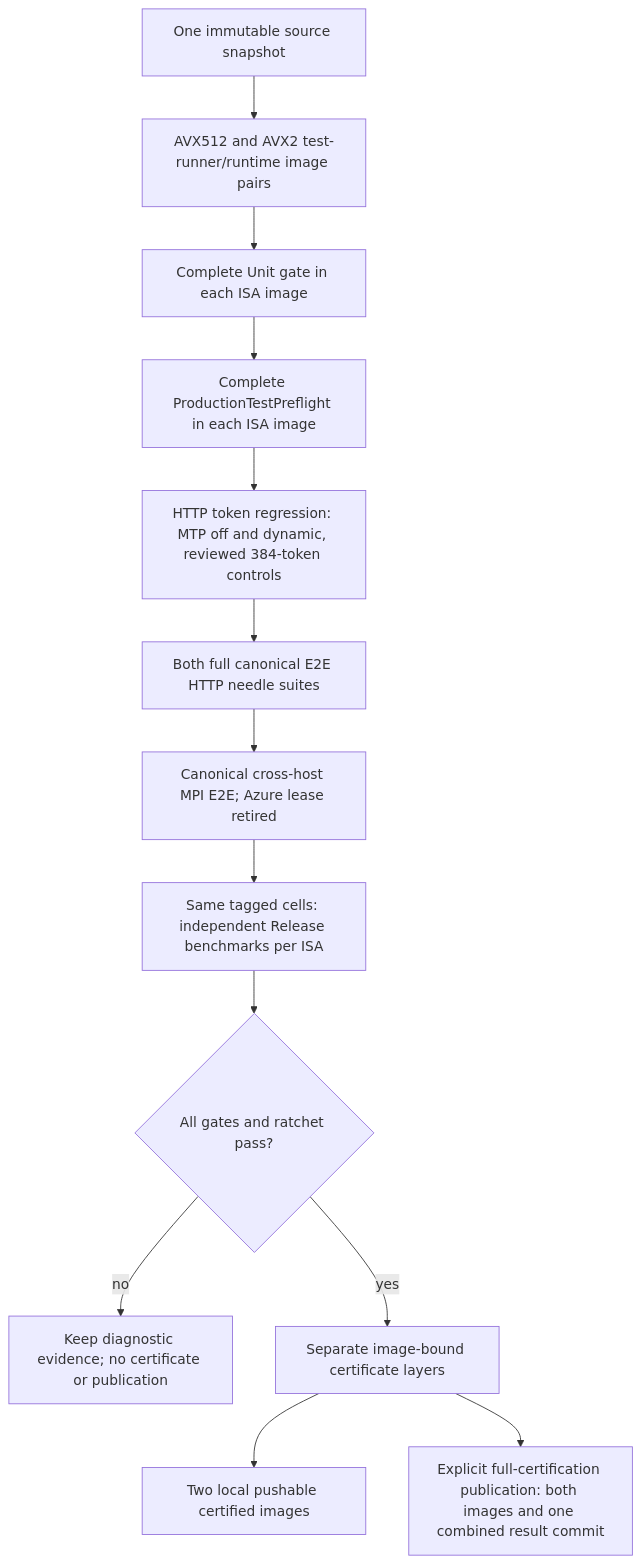
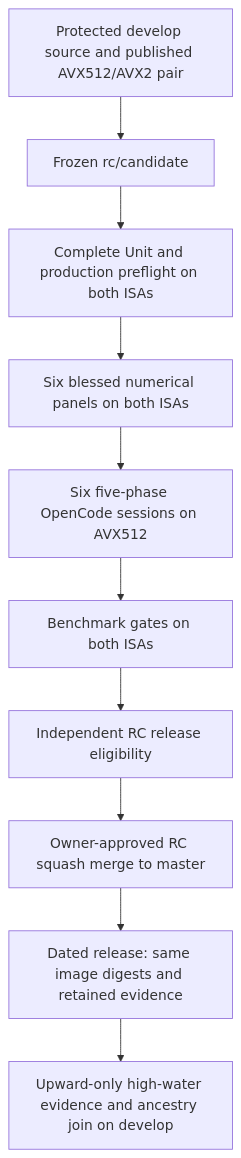
The diagram in docs/production-ci.md (Llaminar/llaminar), drawn with Mermaid before and after one commit. The commit also changed other lines of this file and 6 other files, not shown here.

````diff
--- a/docs/production-ci.md
+++ b/docs/production-ci.md
@@ -400,15 +402,12 @@
 ```mermaid
 flowchart TD
-    S[One immutable source snapshot] --> B[AVX512 and AVX2 test-runner/runtime image pairs]
-    B --> U[Complete Unit gate in each ISA image]
-    U --> P[Complete ProductionTestPreflight in each ISA image]
-    P --> G[HTTP token regression: MTP off and dynamic, reviewed 384-token controls]
-    G --> E[Both full canonical E2E HTTP needle suites]
-    E --> X[Canonical cross-host MPI E2E; Azure lease retired]
-    X --> T[Same tagged cells: independent Release benchmarks per ISA]
-    T --> R{All gates and ratchet pass?}
-    R -- no --> F[Keep diagnostic evidence; no certificate or publication]
-    R -- yes --> C[Separate image-bound certificate layers]
-    C --> L[Two local pushable certified images]
-    C --> O[Explicit full-certification publication: both images and one combined result commit]
+    D[Protected develop source and published AVX512/AVX2 pair] --> RC[Frozen rc/candidate]
+    RC --> P[Complete Unit and production preflight on both ISAs]
+    P --> A[Six blessed numerical panels on both ISAs]
+    A --> O[Six five-phase OpenCode sessions on AVX512]
+    O --> B[Benchmark gates on both ISAs]
+    B --> E[Independent RC release eligibility]
+    E --> M[Owner-approved RC squash merge to master]
+    M --> R[Dated release: same image digests and retained evidence]
+    R --> H[Upward-only high-water evidence and ancestry join on develop]
 ```
````
